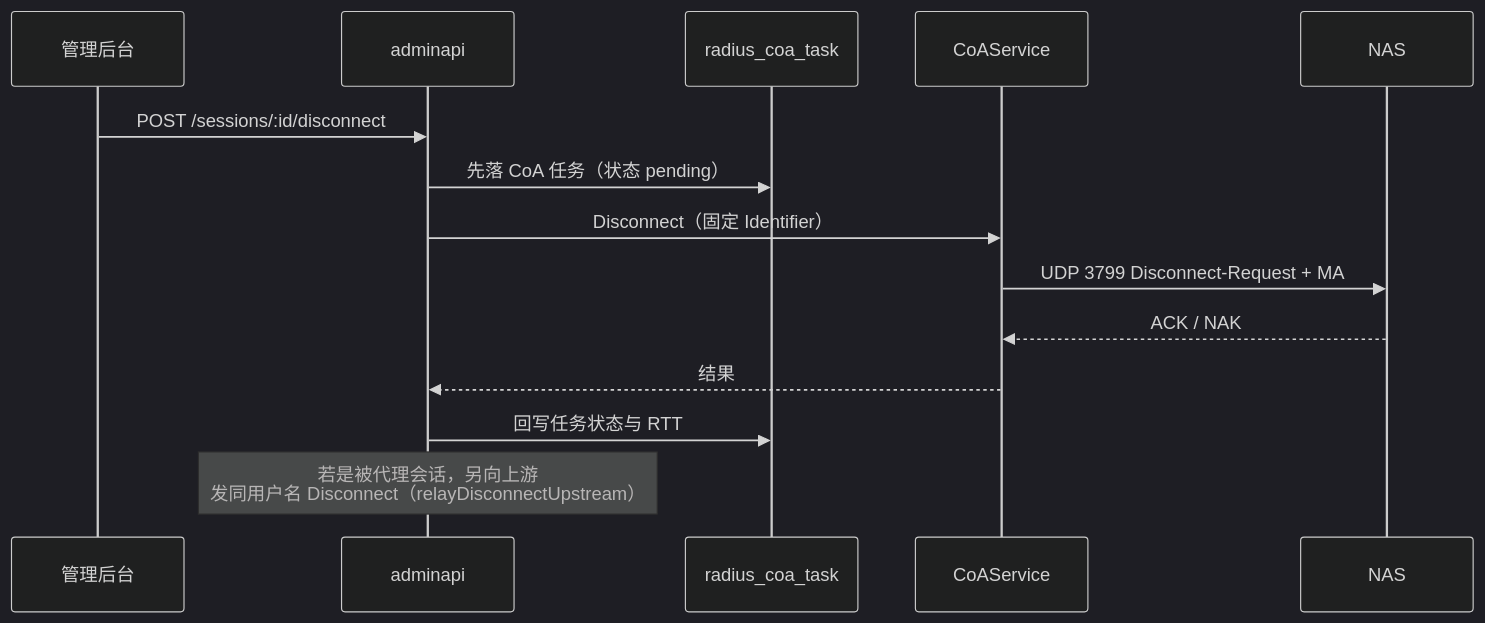
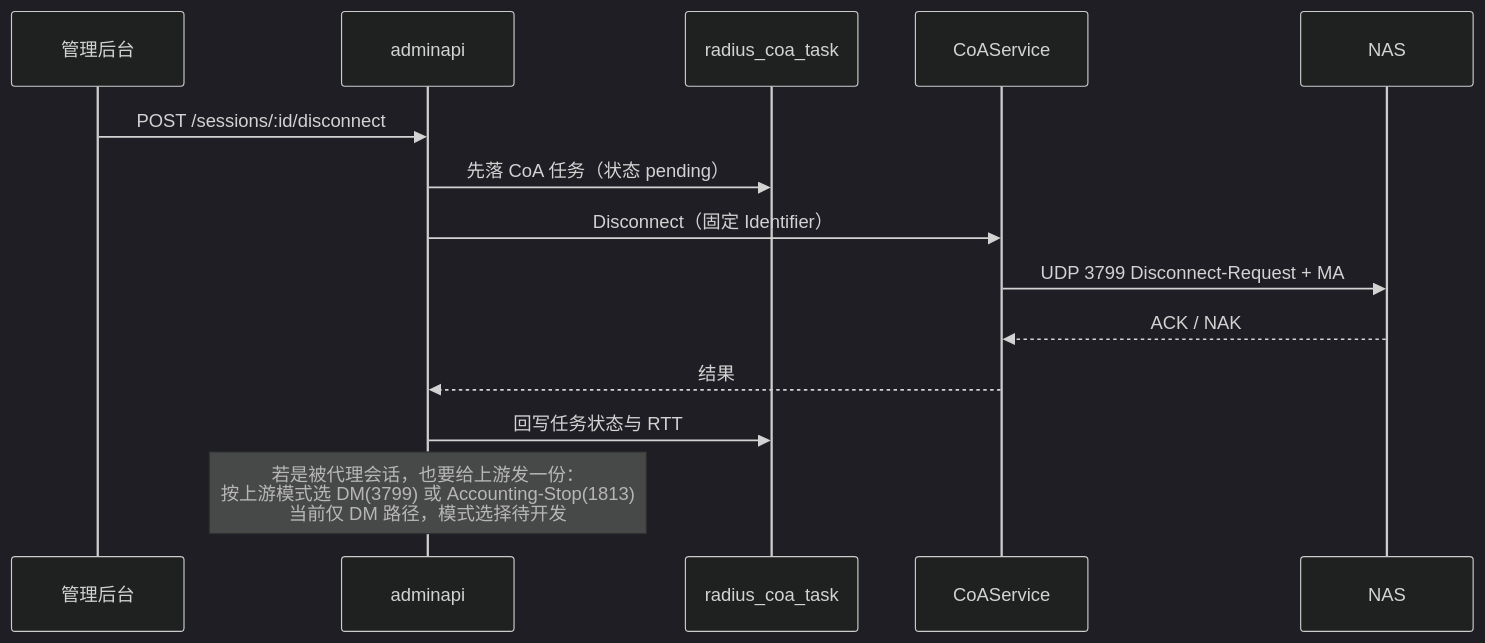
One commit to fanchaoping37/toughradius changed the fourth of 8 diagrams in docs/PROJECT-GUIDE.md. Above: the diagram before and after it, drawn with Mermaid (dark theme). The commit also changed other lines of this file and 7 other files, not shown here.

Commit message:
docs: freeze 7 business clarifications (architecture baseline only, no code changes)

````diff
--- a/docs/PROJECT-GUIDE.md
+++ b/docs/PROJECT-GUIDE.md
@@ -169,17 +196,17 @@
 ```mermaid
 sequenceDiagram
     participant Admin as 管理后台
     participant API as adminapi
     participant DB as radius_coa_task
     participant CoA as CoAService
     participant NAS
 
     Admin->>API: POST /sessions/:id/disconnect
     API->>DB: 先落 CoA 任务（状态 pending）
     API->>CoA: Disconnect（固定 Identifier）
     CoA->>NAS: UDP 3799 Disconnect-Request + MA
     NAS-->>CoA: ACK / NAK
     CoA-->>API: 结果
     API->>DB: 回写任务状态与 RTT
-    Note over API: 若是被代理会话，另向上游<br/>发同用户名 Disconnect（relayDisconnectUpstream）
+    Note over API: 若是被代理会话，也要给上游发一份：<br/>按上游模式选 DM(3799) 或 Accounting-Stop(1813)<br/>当前仅 DM 路径，模式选择待开发
 ```
````
